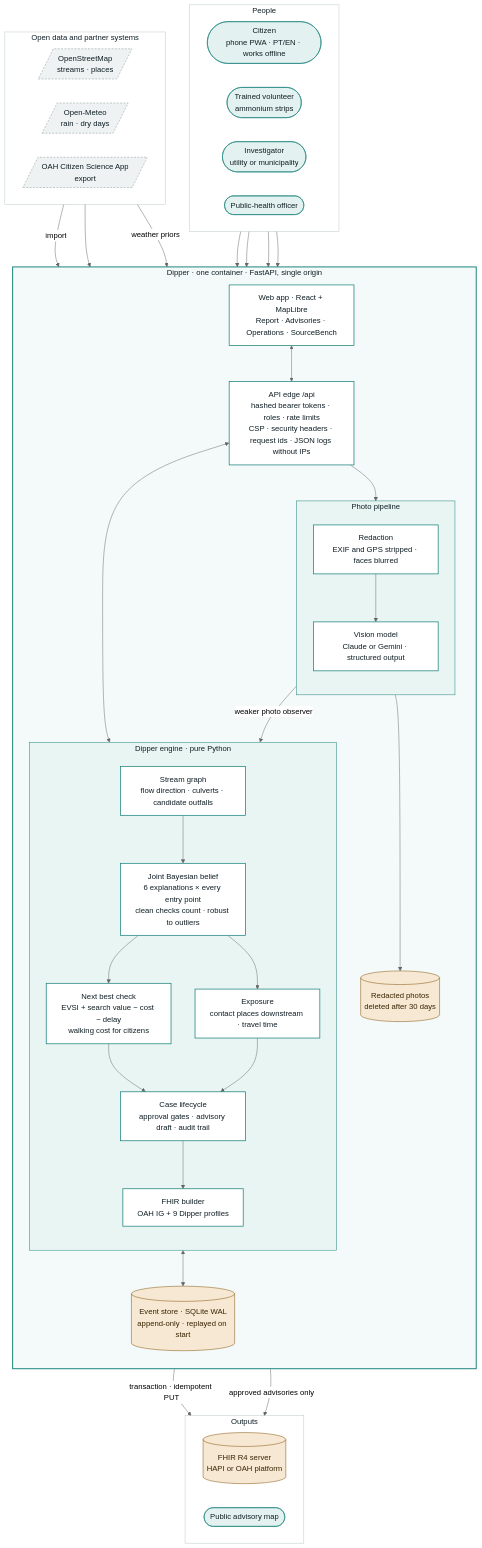
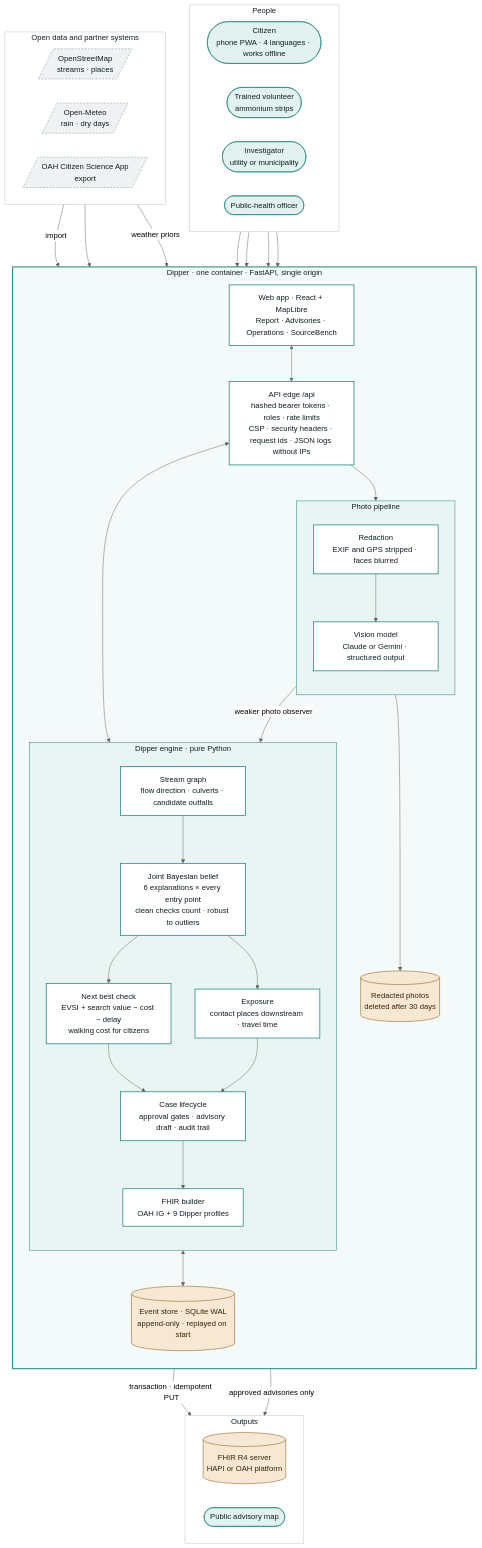
Before and after one commit to TusharTechs/dipper: the first of 3 diagrams in README.md, drawn with Mermaid (neutral theme). The commit also changed other lines of this file and 3 other files, not shown here.

````diff
--- a/README.md
+++ b/README.md
@@ -104,80 +121,80 @@
 ```mermaid
 flowchart TB
   subgraph people["People"]
     direction LR
-    cit(["Citizen<br/>phone PWA · PT/EN · works offline"])
+    cit(["Citizen<br/>phone PWA · 4 languages · works offline"])
     vol(["Trained volunteer<br/>ammonium strips"])
     inv(["Investigator<br/>utility or municipality"])
     ph(["Public-health officer"])
   end
 
   subgraph dipper["Dipper · one container · FastAPI, single origin"]
     direction TB
     web["Web app · React + MapLibre<br/>Report · Advisories · Operations · SourceBench"]
     edge["API edge /api<br/>hashed bearer tokens · roles · rate limits<br/>CSP · security headers · request ids · JSON logs without IPs"]
 
     subgraph photo["Photo pipeline"]
       direction TB
       redact["Redaction<br/>EXIF and GPS stripped · faces blurred"]
       vision["Vision model<br/>Claude or Gemini · structured output"]
     end
 
     subgraph engine["Dipper engine · pure Python"]
       direction TB
       sgraph["Stream graph<br/>flow direction · culverts · candidate outfalls"]
       belief["Joint Bayesian belief<br/>6 explanations × every entry point<br/>clean checks count · robust to outliers"]
       voi["Next best check<br/>EVSI + search value − cost − delay<br/>walking cost for citizens"]
       expo["Exposure<br/>contact places downstream · travel time"]
       lifecycle["Case lifecycle<br/>approval gates · advisory draft · audit trail"]
       fhirb["FHIR builder<br/>OAH IG + 9 Dipper profiles"]
     end
 
     store[("Event store · SQLite WAL<br/>append-only · replayed on start")]
     media[("Redacted photos<br/>deleted after 30 days")]
   end
 
   subgraph ext["Open data and partner systems"]
     direction LR
     osm[/"OpenStreetMap<br/>streams · places"/]
     meteo[/"Open-Meteo<br/>rain · dry days"/]
     oahapp[/"OAH Citizen Science App<br/>export"/]
   end
 
   subgraph out["Outputs"]
     direction LR
     fhirsrv[("FHIR R4 server<br/>HAPI or OAH platform")]
     map(["Public advisory map"])
   end
 
   cit & vol & inv & ph --> web
   web <--> edge
   oahapp -->|import| edge
   edge --> redact --> vision
   redact --> media
   vision -->|weaker photo observer| belief
   edge <--> lifecycle
   osm --> sgraph
   meteo -->|weather priors| belief
   sgraph --> belief
   belief --> voi & expo
   voi & expo --> lifecycle
   lifecycle <--> store
   lifecycle --> fhirb
   fhirb -->|transaction · idempotent PUT| fhirsrv
   lifecycle -->|approved advisories only| map
 
   classDef person fill:#E3F2F0,stroke:#157F78,color:#0F1E24
   classDef core fill:#FFFFFF,stroke:#157F78,stroke-width:1.5px,color:#0F1E24
   classDef data fill:#F6E8D2,stroke:#7F4A04,color:#3A2405
   classDef external fill:#EEF2F2,stroke:#7E9296,stroke-dasharray:4 3,color:#0F1E24
   class cit,vol,inv,ph,map person
   class web,edge,redact,vision,sgraph,belief,voi,expo,lifecycle,fhirb core
   class store,media,fhirsrv data
   class osm,meteo,oahapp external
   style dipper fill:#F4FAF9,stroke:#157F78,stroke-width:2px,color:#0F1E24
   style engine fill:#E9F5F3,stroke:#157F78,color:#0F1E24
   style photo fill:#E9F5F3,stroke:#157F78,color:#0F1E24
   style people fill:none,stroke:#B9C8C4,color:#0F1E24
   style ext fill:none,stroke:#B9C8C4,color:#0F1E24
   style out fill:none,stroke:#B9C8C4,color:#0F1E24
 ```
````
